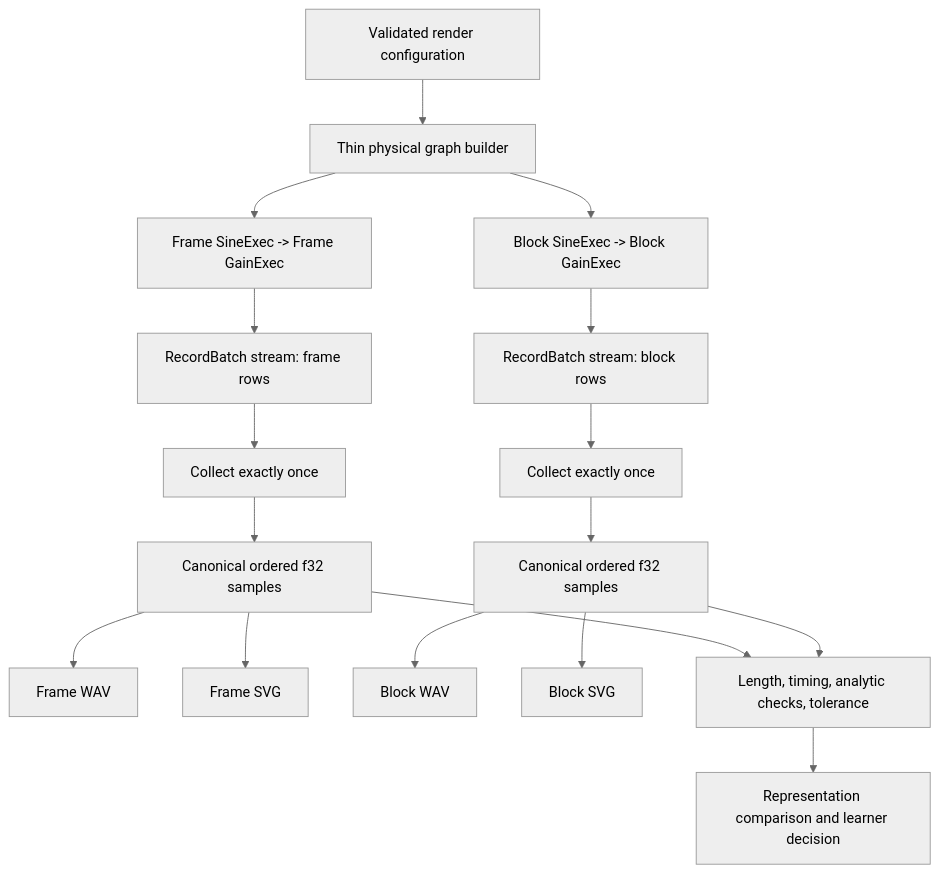
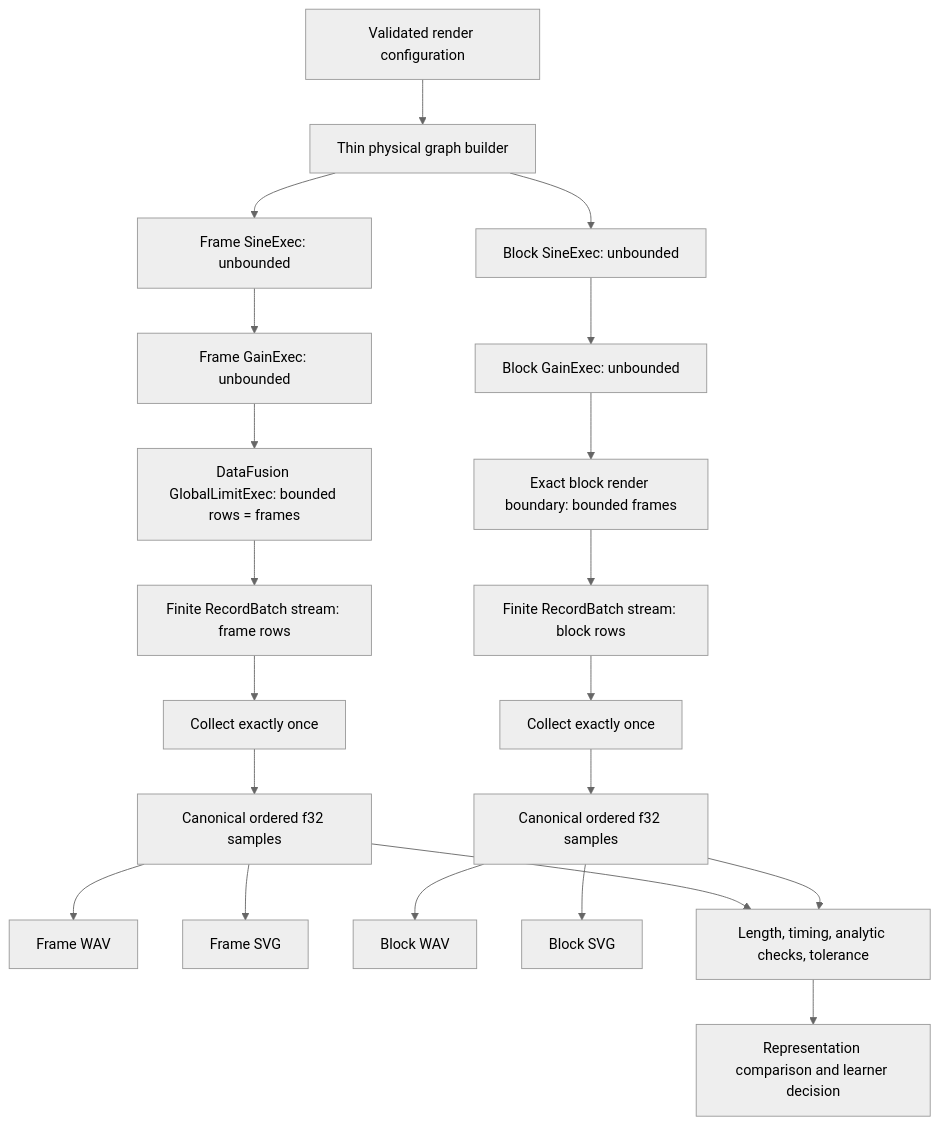
Before and after one commit to DerGut/SonicFusion: the first of 2 diagrams in docs/plans/2026-08-29-001-feat-audio-representation-lab-plan.md, drawn with Mermaid (neutral theme). The commit also changed other lines of this file and 2 other files, not shown here.

Commit message:
feat(physical): bound frame renders with DataFusion limit

````diff
--- a/docs/plans/2026-08-29-001-feat-audio-representation-lab-plan.md
+++ b/docs/plans/2026-08-29-001-feat-audio-representation-lab-plan.md
@@ -214,27 +214,31 @@
 ```mermaid
 flowchart TB
     Config[Validated render configuration]
     Builder[Thin physical graph builder]
 
     Config --> Builder
-    Builder --> FramePlan[Frame SineExec -> Frame GainExec]
-    Builder --> BlockPlan[Block SineExec -> Block GainExec]
+    Builder --> FrameSource[Frame SineExec: unbounded]
+    Builder --> BlockSource[Block SineExec: unbounded]
+    FrameSource --> FrameGain[Frame GainExec: unbounded]
+    BlockSource --> BlockGain[Block GainExec: unbounded]
+    FrameGain --> FrameLimit[DataFusion GlobalLimitExec: bounded rows = frames]
+    BlockGain --> BlockBoundary[Exact block render boundary: bounded frames]
 
-    FramePlan --> FrameStream[RecordBatch stream: frame rows]
-    BlockPlan --> BlockStream[RecordBatch stream: block rows]
+    FrameLimit --> FrameStream[Finite RecordBatch stream: frame rows]
+    BlockBoundary --> BlockStream[Finite RecordBatch stream: block rows]
 
     FrameStream --> FrameCollect[Collect exactly once]
     BlockStream --> BlockCollect[Collect exactly once]
 
     FrameCollect --> FrameSamples[Canonical ordered f32 samples]
     BlockCollect --> BlockSamples[Canonical ordered f32 samples]
 
     FrameSamples --> FrameWav[Frame WAV]
     FrameSamples --> FrameSvg[Frame SVG]
     BlockSamples --> BlockWav[Block WAV]
     BlockSamples --> BlockSvg[Block SVG]
 
     FrameSamples --> Compare[Length, timing, analytic checks, tolerance]
     BlockSamples --> Compare
     Compare --> Decision[Representation comparison and learner decision]
 ```
````
